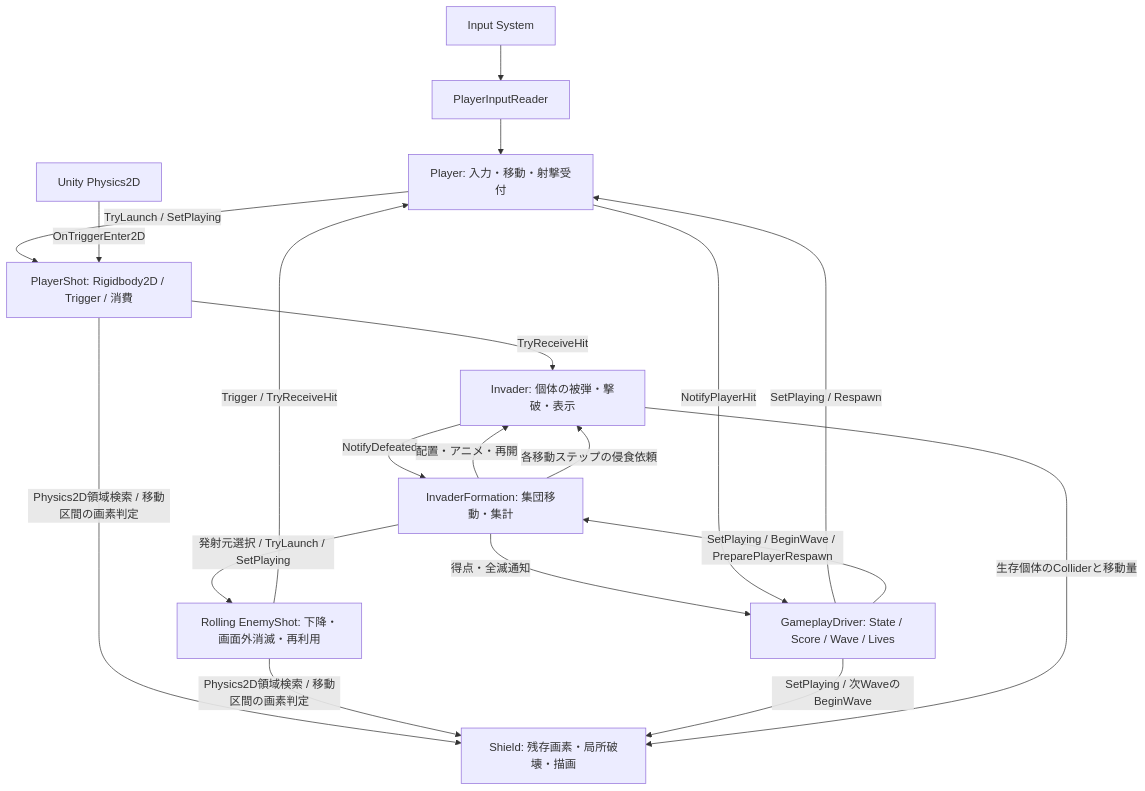
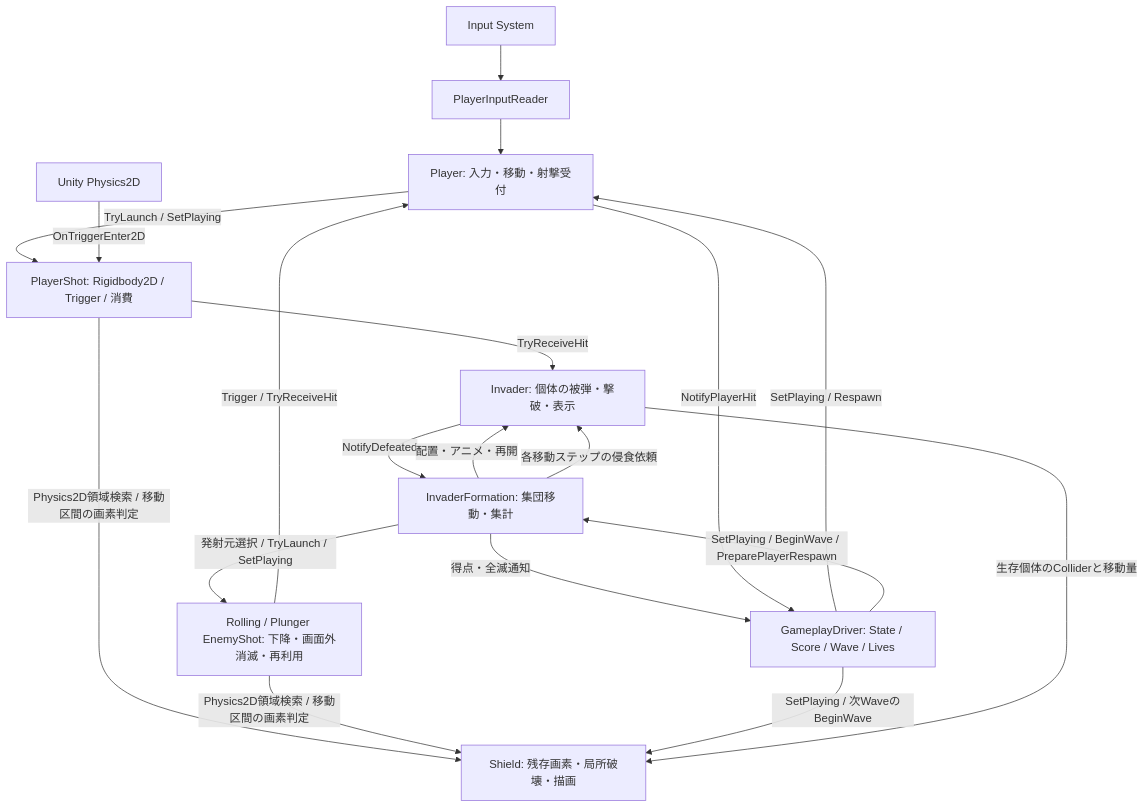
The diagram in docs/ARCHITECTURE.md (urahimono/Unity_Invader), drawn with Mermaid before and after one commit. The commit also changed other lines of this file and 13 other files, not shown here.

````diff
--- a/docs/ARCHITECTURE.md
+++ b/docs/ARCHITECTURE.md
@@ -21,21 +21,21 @@
 ```mermaid
 flowchart TD
     Input[Input System] --> Reader[PlayerInputReader]
     Reader --> Player[Player: 入力・移動・射撃受付]
     Driver[GameplayDriver: State / Score / Wave / Lives] -->|SetPlaying / Respawn| Player
     Driver -->|SetPlaying / BeginWave / PreparePlayerRespawn| Formation[InvaderFormation: 集団移動・集計]
     Player -->|TryLaunch / SetPlaying| Shot[PlayerShot: Rigidbody2D / Trigger / 消費]
     Physics[Unity Physics2D] -->|OnTriggerEnter2D| Shot
     Shot -->|TryReceiveHit| Invader[Invader: 個体の被弾・撃破・表示]
     Invader -->|NotifyDefeated| Formation
     Formation -->|得点・全滅通知| Driver
     Formation -->|配置・アニメ・再開| Invader
-    Formation -->|発射元選択 / TryLaunch / SetPlaying| EnemyShot[Rolling EnemyShot: 下降・画面外消滅・再利用]
+    Formation -->|発射元選択 / TryLaunch / SetPlaying| EnemyShot[Rolling / Plunger EnemyShot: 下降・画面外消滅・再利用]
     EnemyShot -->|Trigger / TryReceiveHit| Player
     Player -->|NotifyPlayerHit| Driver
     Shot -->|Physics2D領域検索 / 移動区間の画素判定| Shield[Shield: 残存画素・局所破壊・描画]
     EnemyShot -->|Physics2D領域検索 / 移動区間の画素判定| Shield
     Driver -->|SetPlaying / 次WaveのBeginWave| Shield
     Formation -->|各移動ステップの侵食依頼| Invader
     Invader -->|生存個体のColliderと移動量| Shield
 ```
````
